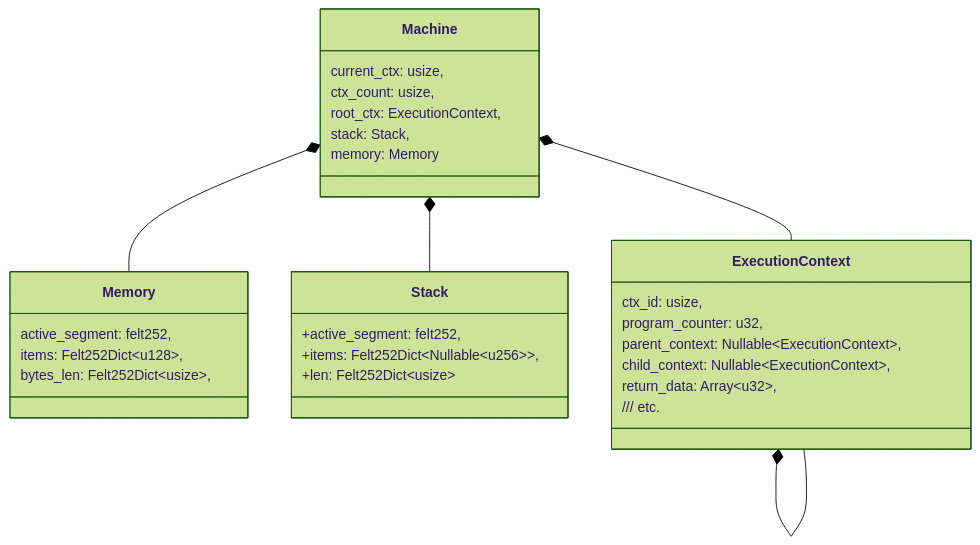
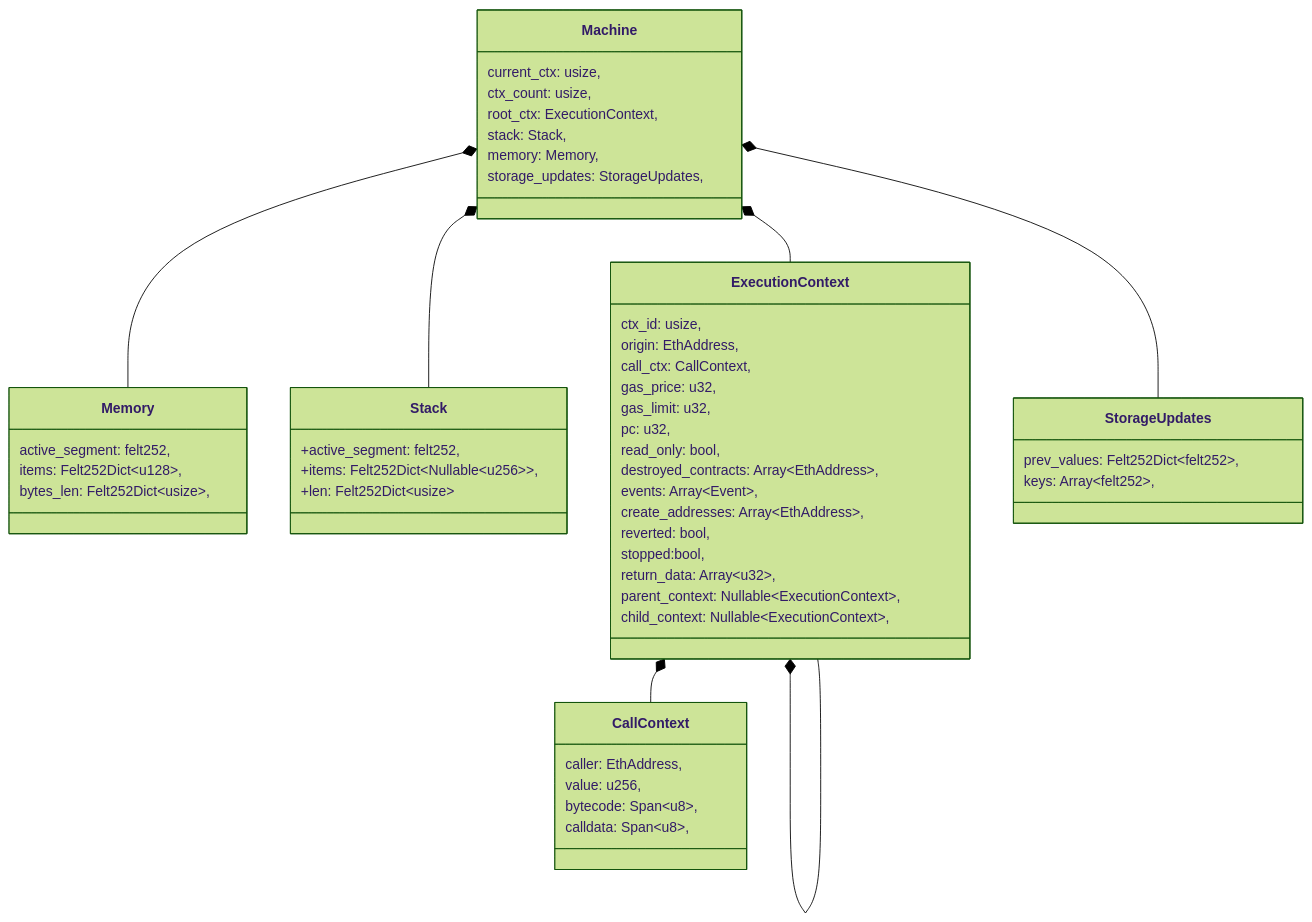
One commit to kkrt-labs/kakarot-ssj changed the diagram in docs/general/model/machine.md. Above: the diagram before and after it, drawn with Mermaid (forest theme). The commit also changed other lines of this file, not shown here.

Commit message:
docs: storage changes tracking design

````diff
--- a/docs/general/model/machine.md
+++ b/docs/general/model/machine.md
@@ -43,36 +43,61 @@
 ```mermaid
 classDiagram
     class Machine{
         current_ctx: usize,
         ctx_count: usize,
         root_ctx: ExecutionContext,
         stack: Stack,
-        memory: Memory
+        memory: Memory,
+        storage_updates: StorageUpdates,
     }
 
     class Memory{
         active_segment: felt252,
         items: Felt252Dict~u128~,
         bytes_len: Felt252Dict~usize~,
     }
 
     class Stack{
         +active_segment: felt252,
         +items: Felt252Dict~Nullable~u256~~,
         +len: Felt252Dict~usize~
     }
 
     class ExecutionContext{
         ctx_id: usize,
-        program_counter: u32,
+        origin: EthAddress,
+        call_ctx: CallContext,
+        gas_price: u32,
+        gas_limit: u32,
+        pc: u32,
+        read_only: bool,
+        destroyed_contracts: Array~EthAddress~,
+        events: Array~Event~,
+        create_addresses: Array~EthAddress~,
+        reverted: bool,
+        stopped:bool,
+        return_data: Array~u32~,
         parent_context: Nullable~ExecutionContext~,
         child_context: Nullable~ExecutionContext~,
-        return_data: Array~u32~,
-        /// etc.
     }
+
+    class CallContext{
+        caller: EthAddress,
+        value: u256,
+        bytecode: Span~u8~,
+        calldata: Span~u8~,
+    }
+
+    class StorageUpdates{
+        prev_values: Felt252Dict~felt252~,
+        keys: Array~felt252~,
+    }
+
 
     Machine *-- Memory
     Machine *-- Stack
     Machine *-- ExecutionContext
+    Machine *-- StorageUpdates
     ExecutionContext *-- ExecutionContext
+    ExecutionContext *-- CallContext
 ```
````
